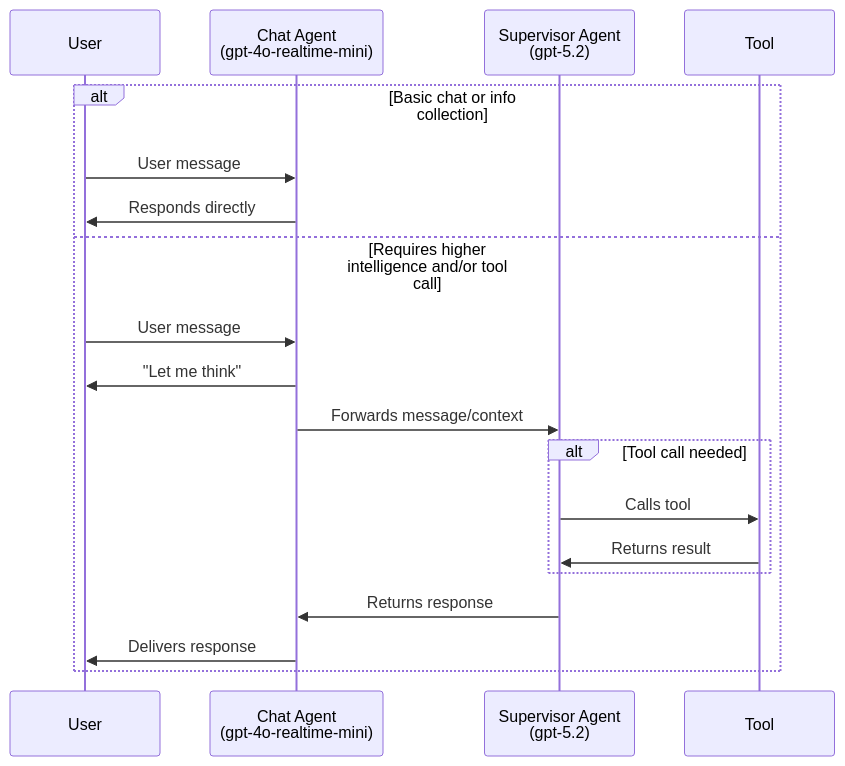
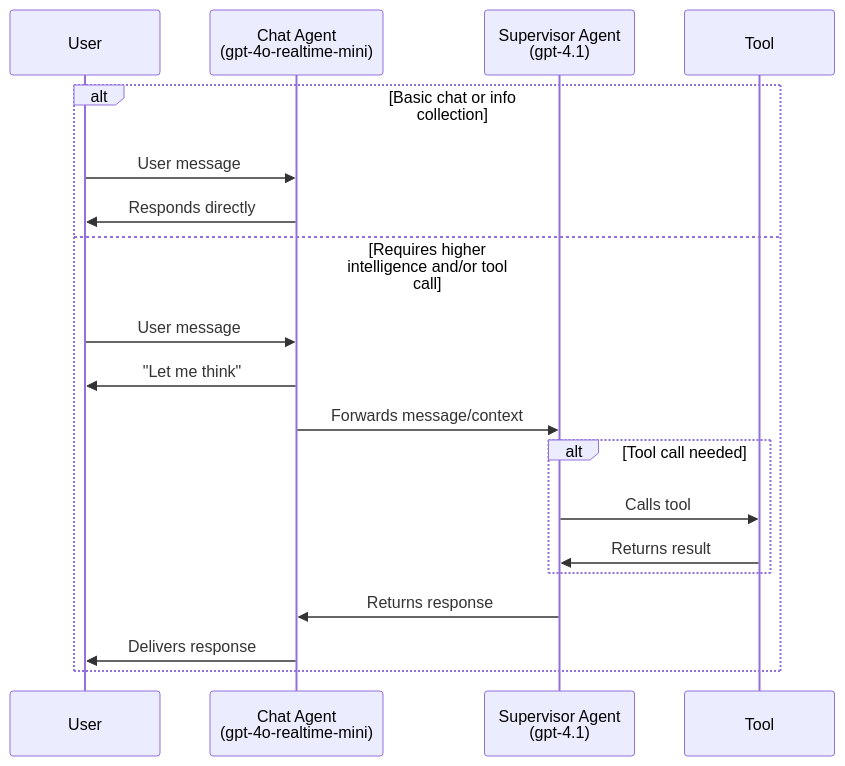
One commit to openai/openai-realtime-agents changed the first of 2 diagrams in README.md. Above: the diagram before and after it, drawn with Mermaid. The commit also changed other lines of this file and 1 other file, not shown here.

````diff
--- a/README.md
+++ b/README.md
@@ -41,22 +57,22 @@
 ```mermaid
 sequenceDiagram
     participant User
     participant ChatAgent as Chat Agent<br/>(gpt-4o-realtime-mini)
-    participant Supervisor as Supervisor Agent<br/>(gpt-5.2)
+    participant Supervisor as Supervisor Agent<br/>(gpt-4.1)
     participant Tool as Tool
 
     alt Basic chat or info collection
         User->>ChatAgent: User message
         ChatAgent->>User: Responds directly
     else Requires higher intelligence and/or tool call
         User->>ChatAgent: User message
         ChatAgent->>User: "Let me think"
         ChatAgent->>Supervisor: Forwards message/context
         alt Tool call needed
             Supervisor->>Tool: Calls tool
             Tool->>Supervisor: Returns result
         end
         Supervisor->>ChatAgent: Returns response
         ChatAgent->>User: Delivers response
     end
 ```
````
